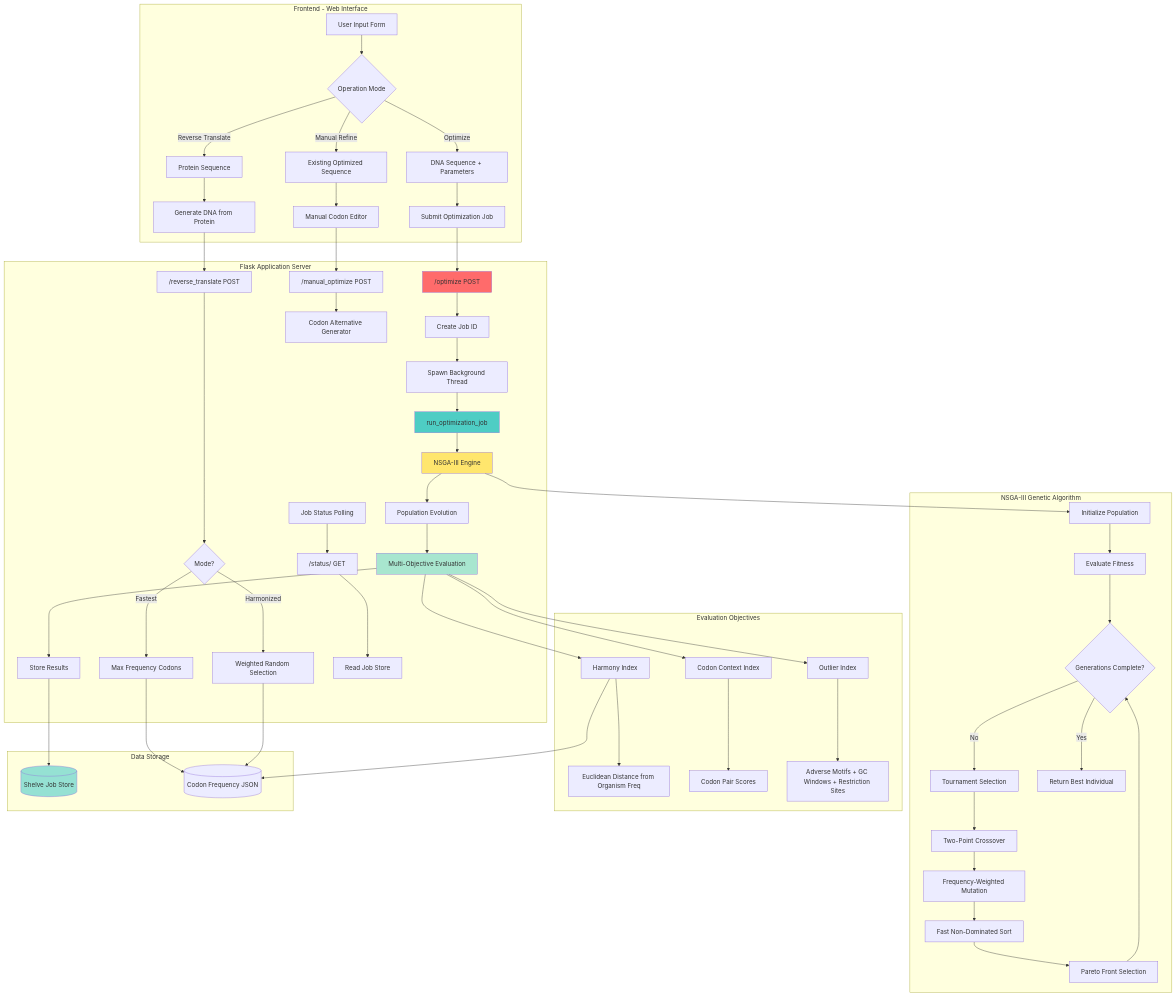
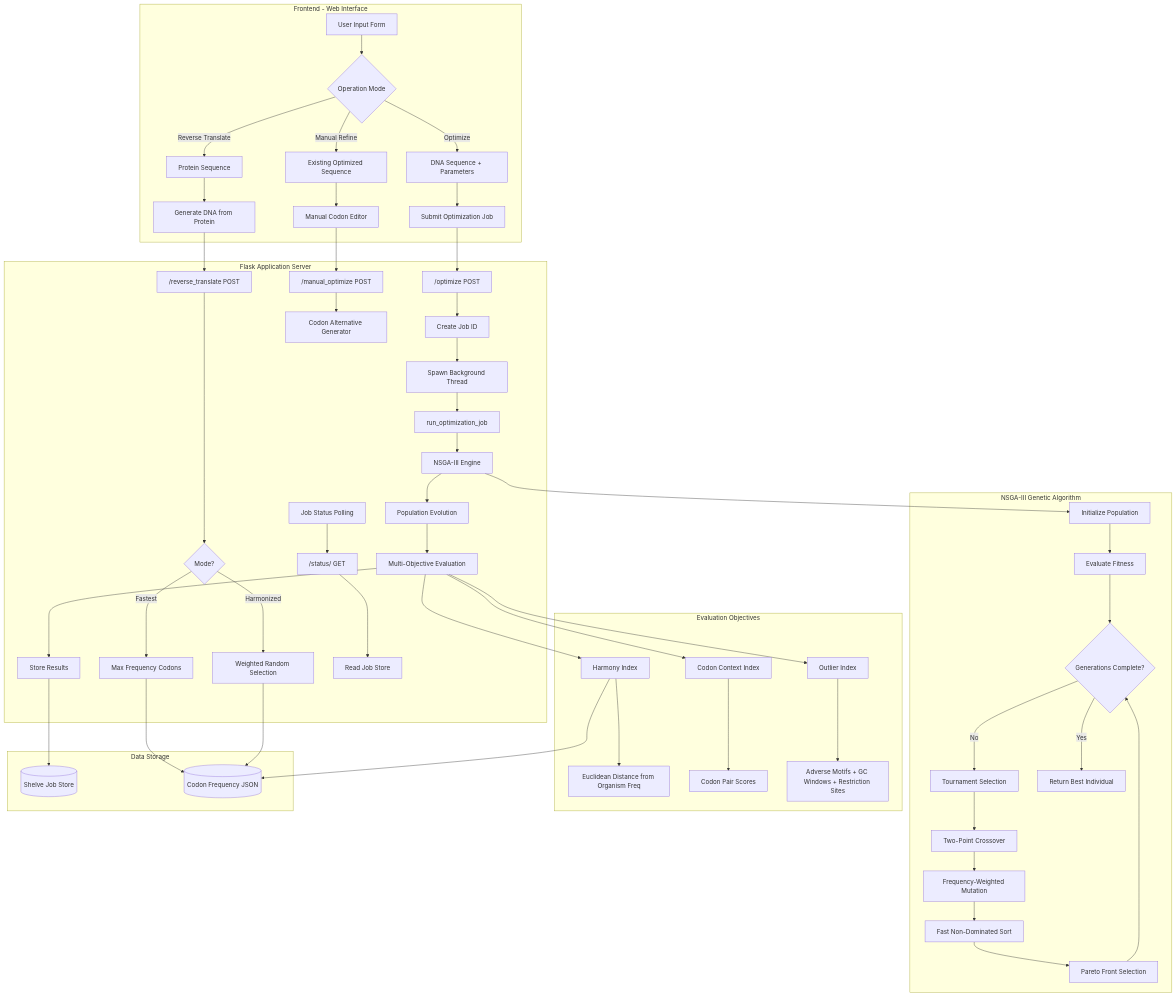
The first of 7 diagrams in Bioinformatics-Tools/Codon-OPT/architecture.md (yaho3122/lab-apps-portfolio), drawn with Mermaid before and after one commit. The commit also changed other lines of this file, not shown here.

````diff
--- a/Bioinformatics-Tools/Codon-OPT/architecture.md
+++ b/Bioinformatics-Tools/Codon-OPT/architecture.md
@@ -68,70 +68,66 @@
 ```mermaid
 graph TB
     subgraph "Frontend - Web Interface"
         A[User Input Form] --> B{Operation Mode}
         B -->|Optimize| C[DNA Sequence + Parameters]
         B -->|Reverse Translate| D[Protein Sequence]
         B -->|Manual Refine| E[Existing Optimized Sequence]
         C --> F[Submit Optimization Job]
         D --> G[Generate DNA from Protein]
         E --> H[Manual Codon Editor]
     end
     
     subgraph "Flask Application Server"
         F --> I["/optimize POST"]
         I --> J[Create Job ID]
         J --> K[Spawn Background Thread]
         
         K --> L[run_optimization_job]
         L --> M[NSGA-III Engine]
         M --> N[Population Evolution]
         N --> O[Multi-Objective Evaluation]
         O --> P[Store Results]
         
         G --> Q["/reverse_translate POST"]
         Q --> R{Mode?}
         R -->|Fastest| S[Max Frequency Codons]
         R -->|Harmonized| T[Weighted Random Selection]
         
         H --> U["/manual_optimize POST"]
         U --> V[Codon Alternative Generator]
         
         AA[Job Status Polling] --> W["/status/<job_id> GET"]
         W --> X[Read Job Store]
     end
     
     subgraph "NSGA-III Genetic Algorithm"
         M --> Y[Initialize Population]
         Y --> Z[Evaluate Fitness]
         Z --> AB{Generations Complete?}
         AB -->|No| AC[Tournament Selection]
         AC --> AD[Two-Point Crossover]
         AD --> AE[Frequency-Weighted Mutation]
         AE --> AF[Fast Non-Dominated Sort]
         AF --> AG[Pareto Front Selection]
         AG --> AB
         AB -->|Yes| AH[Return Best Individual]
     end
     
     subgraph "Evaluation Objectives"
         O --> AI[Harmony Index]
         O --> AJ[Codon Context Index]
         O --> AK[Outlier Index]
         AI --> AL[Euclidean Distance from Organism Freq]
         AJ --> AM[Codon Pair Scores]
         AK --> AN[Adverse Motifs + GC Windows + Restriction Sites]
     end
     
     subgraph "Data Storage"
         P --> AO[(Shelve Job Store)]
         S --> AP[(Codon Frequency JSON)]
         T --> AP
         AI --> AP
     end
     
-    style I fill:#ff6b6b
-    style L fill:#4ecdc4
-    style M fill:#ffe66d
-    style O fill:#a8e6cf
-    style AO fill:#95e1d3
+  
 ```
````
